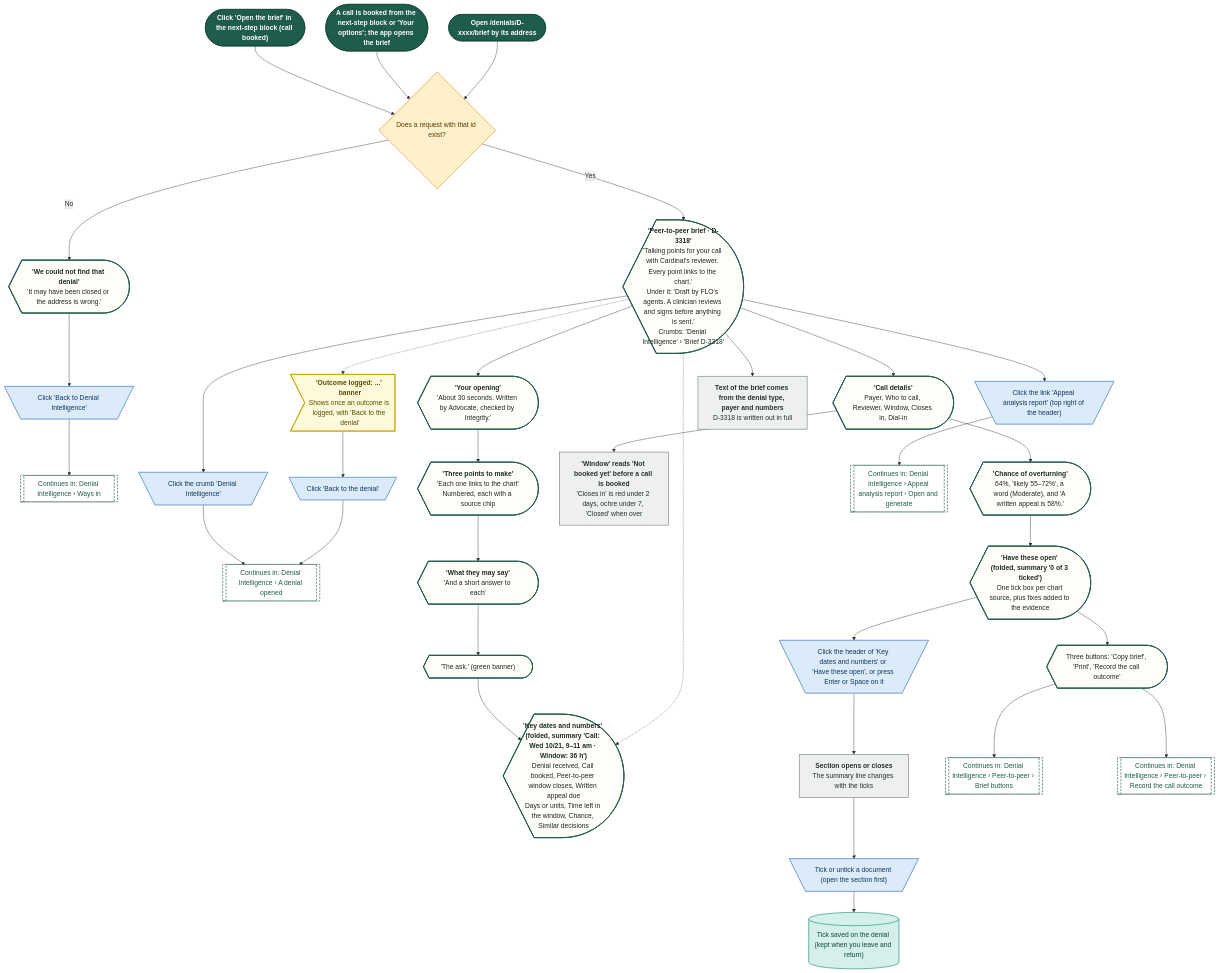
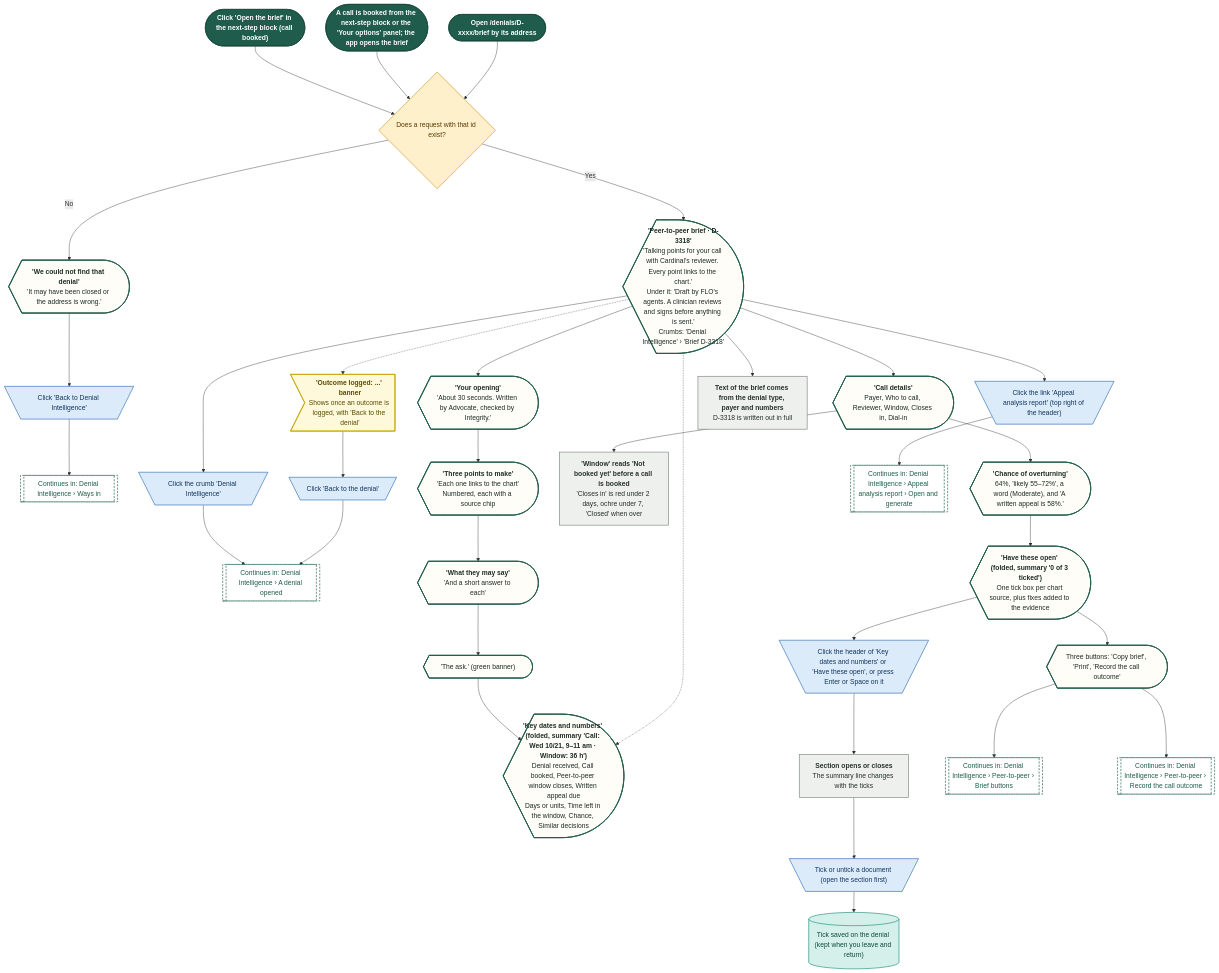
Before and after one commit to Shrav143/psyfloapp: diagram 12 of 28 in demos/prior-auth-demo/workflows/out/md/06-denials.md, drawn with Mermaid. The commit also changed other lines of this file and 251 other files, not shown here.

First line of the commit message:
docs: rebuild the workflow diagrams (291) for round 4

````diff
--- a/demos/prior-auth-demo/workflows/out/md/06-denials.md
+++ b/demos/prior-auth-demo/workflows/out/md/06-denials.md
@@ -916,74 +940,74 @@
 ```mermaid
 %%{init: {"theme":"base","themeVariables":{"fontFamily":"'DM Sans', 'Segoe UI', system-ui, sans-serif","fontSize":"15px","lineColor":"#5B6B63","primaryTextColor":"#1C2B25","clusterBkg":"#FBF8F3","clusterBorder":"#D9CDBB","edgeLabelBackground":"#FFFFFF"},"flowchart":{"curve":"basis","nodeSpacing":36,"rankSpacing":48,"padding":12,"htmlLabels":true,"useMaxWidth":false,"wrappingWidth":230}} }%%
 flowchart TD
   classDef k_start fill:#1F5C4B,stroke:#174638,color:#FFFFFF,stroke-width:1.5px,font-weight:600
   classDef k_end fill:#DDEFE3,stroke:#2E7D4F,color:#14502F,stroke-width:1.5px,font-weight:600
   classDef k_endx fill:#FBE3E0,stroke:#C0392B,color:#7A1F16,stroke-width:1.5px,font-weight:600
   classDef k_screen fill:#FFFDF8,stroke:#1F5C4B,color:#1C2B25,stroke-width:2px
   classDef k_overlay fill:#F1F7F3,stroke:#1F5C4B,color:#1C2B25,stroke-width:2px,stroke-dasharray:5 3
   classDef k_click fill:#DCEBFA,stroke:#2F6DB5,color:#12365F,stroke-width:1.5px
   classDef k_input fill:#E4E7FF,stroke:#4C5FD5,color:#1D2670,stroke-width:1.5px
   classDef k_process fill:#EEF0EE,stroke:#7A857F,color:#26302B,stroke-width:1.5px
   classDef k_agent fill:#EEE5FA,stroke:#7A4FC2,color:#341A63,stroke-width:1.5px
   classDef k_decision fill:#FFF0CC,stroke:#D9962B,color:#5C3B00,stroke-width:1.5px
   classDef k_store fill:#D5F0EA,stroke:#1C8E7B,color:#0B4A3F,stroke-width:1.5px
   classDef k_doc fill:#F6E9DC,stroke:#B07A4C,color:#4A2E14,stroke-width:1.5px
   classDef k_ext fill:#FFE6D2,stroke:#E07B39,color:#6B2F06,stroke-width:1.5px
   classDef k_wait fill:#E4E8EE,stroke:#6B7C93,color:#26303D,stroke-width:1.5px
   classDef k_toast fill:#FFF9DB,stroke:#C9A400,color:#5A4A00,stroke-width:1.5px
   classDef k_goto fill:#FFFFFF,stroke:#1F5C4B,color:#1F5C4B,stroke-width:1.5px,stroke-dasharray:5 3
   s1@{ shape: stadium, label: "Click 'Open the brief' in the next-step block (call booked)" }
-  s2@{ shape: stadium, label: "A call is booked from the next-step block or 'Your options'; the app opens the brief" }
+  s2@{ shape: stadium, label: "A call is booked from the next-step block or the 'Your options' panel; the app opens the brief" }
   s3@{ shape: stadium, label: "Open /denials/D-xxxx/brief by its address" }
   d1@{ shape: diam, label: "Does a request with that id exist?" }
   e1@{ shape: curv-trap, label: "<b>'We could not find that denial'</b><br/>'It may have been closed or the address is wrong.'" }
   c0@{ shape: trap-t, label: "Click 'Back to Denial Intelligence'" }
   g0@{ shape: subproc, label: "Continues in: Denial Intelligence › Ways in" }
   sc1@{ shape: curv-trap, label: "<b>'Peer-to-peer brief · D-3318'</b><br/>'Talking points for your call with Cardinal's reviewer. Every point links to the chart.'<br/>Under it: 'Draft by FLO's agents. A clinician reviews and signs before anything is sent.'<br/>Crumbs: 'Denial Intelligence' › 'Brief D-3318'" }
   c1@{ shape: trap-t, label: "Click the crumb 'Denial Intelligence'" }
   g1@{ shape: subproc, label: "Continues in: Denial Intelligence › A denial opened" }
   b1@{ shape: odd, label: "<b>'Outcome logged: ...' banner</b><br/>Shows once an outcome is logged, with 'Back to the denial'" }
   c2@{ shape: trap-t, label: "Click 'Back to the denial'" }
   l1@{ shape: curv-trap, label: "<b>'Your opening'</b><br/>'About 30 seconds. Written by Advocate, checked by Integrity.'" }
   l2@{ shape: curv-trap, label: "<b>'Three points to make'</b><br/>'Each one links to the chart'<br/>Numbered, each with a source chip" }
   l3@{ shape: curv-trap, label: "<b>'What they may say'</b><br/>'And a short answer to each'" }
   l4@{ shape: curv-trap, label: "'The ask.' (green banner)" }
   l5@{ shape: curv-trap, label: "<b>'Key dates and numbers' (folded, summary 'Call: Wed 10/21, 9–11 am · Window: 36 h')</b><br/>Denial received, Call booked, Peer-to-peer window closes, Written appeal due<br/>Days or units, Time left in the window, Chance, Similar decisions" }
   r1@{ shape: curv-trap, label: "<b>'Call details'</b><br/>Payer, Who to call, Reviewer, Window, Closes in, Dial-in" }
   p1@{ shape: rect, label: "<b>'Window' reads 'Not booked yet' before a call is booked</b><br/>'Closes in' is red under 2 days, ochre under 7, 'Closed' when over" }
   r2@{ shape: curv-trap, label: "<b>'Chance of overturning'</b><br/>64%, 'likely 55–72%', a word (Moderate), and 'A written appeal is 58%.'" }
   r3@{ shape: curv-trap, label: "<b>'Have these open' (folded, summary '0 of 3 ticked')</b><br/>One tick box per chart source, plus fixes added to the evidence" }
   cf@{ shape: trap-t, label: "Click the header of 'Key dates and numbers' or 'Have these open', or press Enter or Space on it" }
   pf@{ shape: rect, label: "<b>Section opens or closes</b><br/>The summary line changes with the ticks" }
   c3@{ shape: trap-t, label: "Tick or untick a document (open the section first)" }
   st1@{ shape: cyl, label: "Tick saved on the denial (kept when you leave and return)" }
   r4@{ shape: curv-trap, label: "Three buttons: 'Copy brief', 'Print', 'Record the call outcome'" }
   g2@{ shape: subproc, label: "Continues in: Denial Intelligence › Peer-to-peer › Brief buttons" }
   g3@{ shape: subproc, label: "Continues in: Denial Intelligence › Peer-to-peer › Record the call outcome" }
   c4@{ shape: trap-t, label: "Click the link 'Appeal analysis report' (top right of the header)" }
   g4@{ shape: subproc, label: "Continues in: Denial Intelligence › Appeal analysis report › Open and generate" }
   p0@{ shape: rect, label: "<b>Text of the brief comes from the denial type, payer and numbers</b><br/>D-3318 is written out in full" }
   s1 --> d1
   s2 --> d1
   s3 --> d1
   d1 -->|"No"| e1 --> c0 --> g0
   d1 -->|"Yes"| sc1
   sc1 --> p0
   sc1 --> c1 --> g1
   sc1 --> c4 --> g4
   sc1 -.-> b1 --> c2 --> g1
   sc1 --> l1 --> l2 --> l3 --> l4 --> l5
   sc1 --> r1 --> p1
   r1 --> r2 --> r3 --> cf --> pf --> c3 --> st1
   sc1 -.-> l5
   r3 --> r4 --> g2
   r4 --> g3
   class s1,s2,s3 k_start
   class d1 k_decision
   class e1,sc1,l1,l2,l3,l4,l5,r1,r2,r3,r4 k_screen
   class c0,c1,c2,cf,c3,c4 k_click
   class g0,g1,g2,g3,g4 k_goto
   class b1 k_toast
   class p1,pf,p0 k_process
   class st1 k_store
 ```
````
